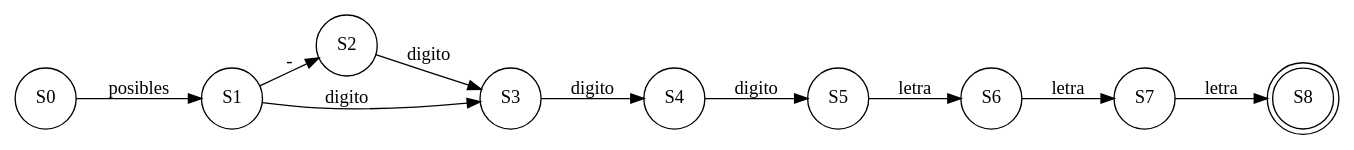
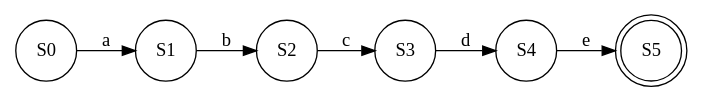
Before and after one commit to AaronGMG2000/-OLC1-Proyecto1: the diagram in [OLC1]201903872_Proyecto1/AFD_201903872/P1.dot, drawn with Graphviz. The commit also changed 75 other files, not shown here.

```diff
--- a/[OLC1]201903872_Proyecto1/AFD_201903872/P1.dot
+++ b/[OLC1]201903872_Proyecto1/AFD_201903872/P1.dot
@@ -1,24 +1,17 @@
 digraph grafica{
 rankdir=LR;
 forcelabels= true;
 node [shape = circle];
 S0 [label = "S0"];
 S1 [label = "S1"];
 S2 [label = "S2"];
 S3 [label = "S3"];
 S4 [label = "S4"];
-S5 [label = "S5"];
-S6 [label = "S6"];
-S7 [label = "S7"];
-S8 [label = "S8", shape = doublecircle];
-S0->S1[label="posibles"]
-S1->S2[label="-"]
-S1->S3[label="digito"]
-S2->S3[label="digito"]
-S3->S4[label="digito"]
-S4->S5[label="digito"]
-S5->S6[label="letra"]
-S6->S7[label="letra"]
-S7->S8[label="letra"]
+S5 [label = "S5", shape = doublecircle];
+S0->S1[label="a"]
+S1->S2[label="b"]
+S2->S3[label="c"]
+S3->S4[label="d"]
+S4->S5[label="e"]
 
 }
```
